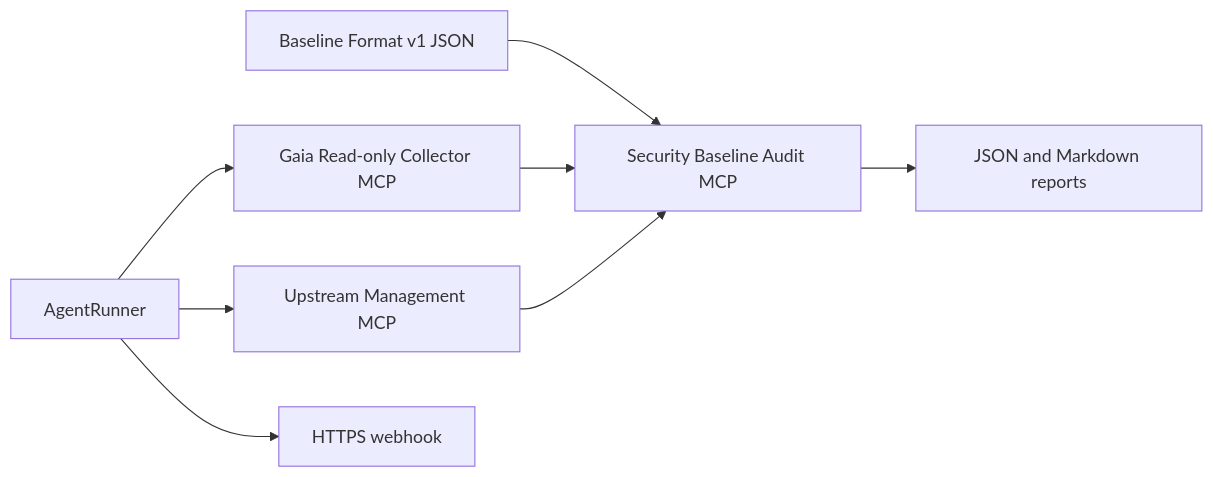
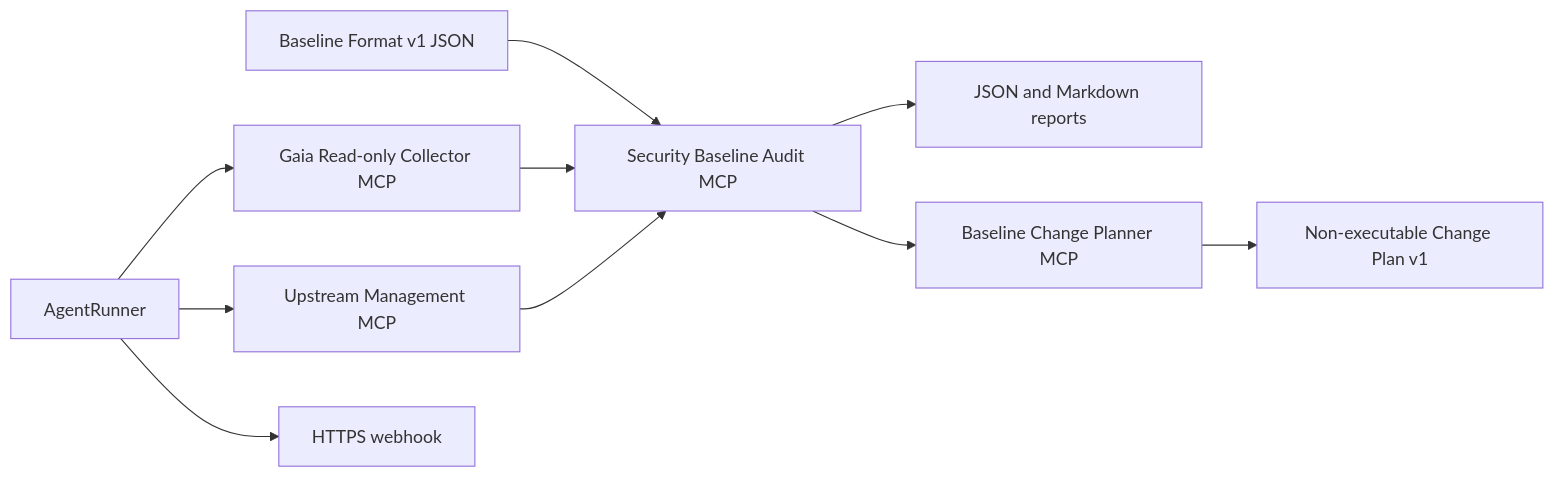
Before and after one commit to focuslight-nr/mcp-servers: the diagram in docs/experimental-baseline-audit-extension.md, drawn with Mermaid. The commit also changed other lines of this file and 21 other files, not shown here.

Commit message:
Add non-executable baseline change planner

````diff
--- a/docs/experimental-baseline-audit-extension.md
+++ b/docs/experimental-baseline-audit-extension.md
@@ -22,10 +22,12 @@
 ```mermaid
 flowchart LR
   Baseline[Baseline Format v1 JSON] --> Audit[Security Baseline Audit MCP]
   Runner[AgentRunner] --> Collector[Gaia Read-only Collector MCP]
   Runner --> Management[Upstream Management MCP]
   Collector --> Audit[Security Baseline Audit MCP]
   Management --> Audit
   Audit --> Reports[JSON and Markdown reports]
+  Audit --> Planner[Baseline Change Planner MCP]
+  Planner --> Proposal[Non-executable Change Plan v1]
   Runner --> Notify[HTTPS webhook]
 ```
````
